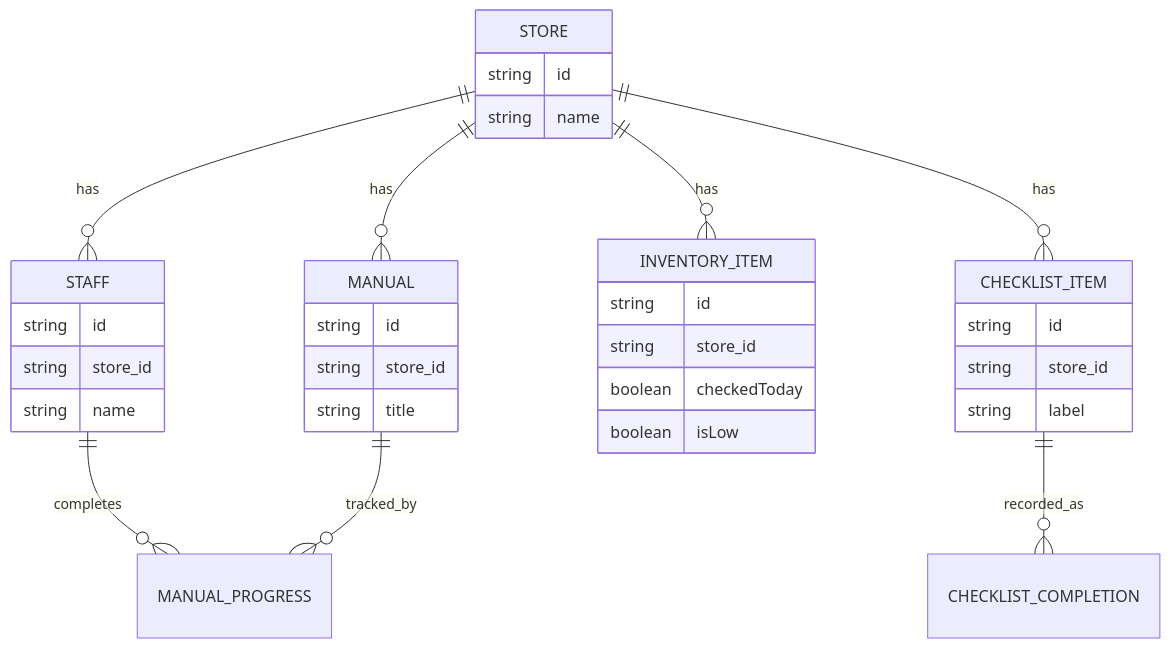
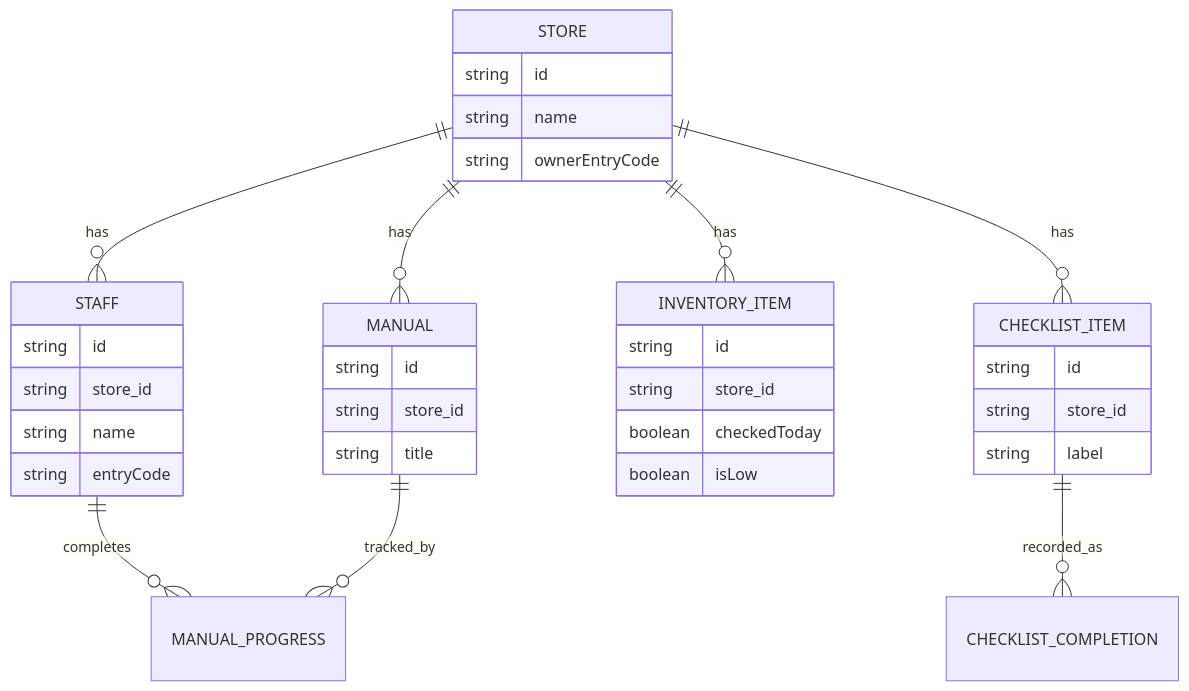
The diagram in TongssApp/docs/05_DATA.md (sara6ang/project-starter), drawn with Mermaid before and after one commit. The commit also changed other lines of this file and 22 other files, not shown here.

````diff
--- a/TongssApp/docs/05_DATA.md
+++ b/TongssApp/docs/05_DATA.md
@@ -112,36 +139,38 @@
 ```mermaid
 erDiagram
     STORE ||--o{ MANUAL : has
     STORE ||--o{ CHECKLIST_ITEM : has
     STORE ||--o{ INVENTORY_ITEM : has
     STORE ||--o{ STAFF : has
     STAFF ||--o{ MANUAL_PROGRESS : completes
     MANUAL ||--o{ MANUAL_PROGRESS : tracked_by
     CHECKLIST_ITEM ||--o{ CHECKLIST_COMPLETION : recorded_as
 
     STORE {
         string id
         string name
+        string ownerEntryCode
     }
     MANUAL {
         string id
         string store_id
         string title
     }
     CHECKLIST_ITEM {
         string id
         string store_id
         string label
     }
     INVENTORY_ITEM {
         string id
         string store_id
         boolean checkedToday
         boolean isLow
     }
     STAFF {
         string id
         string store_id
         string name
+        string entryCode
     }
 ```
````
